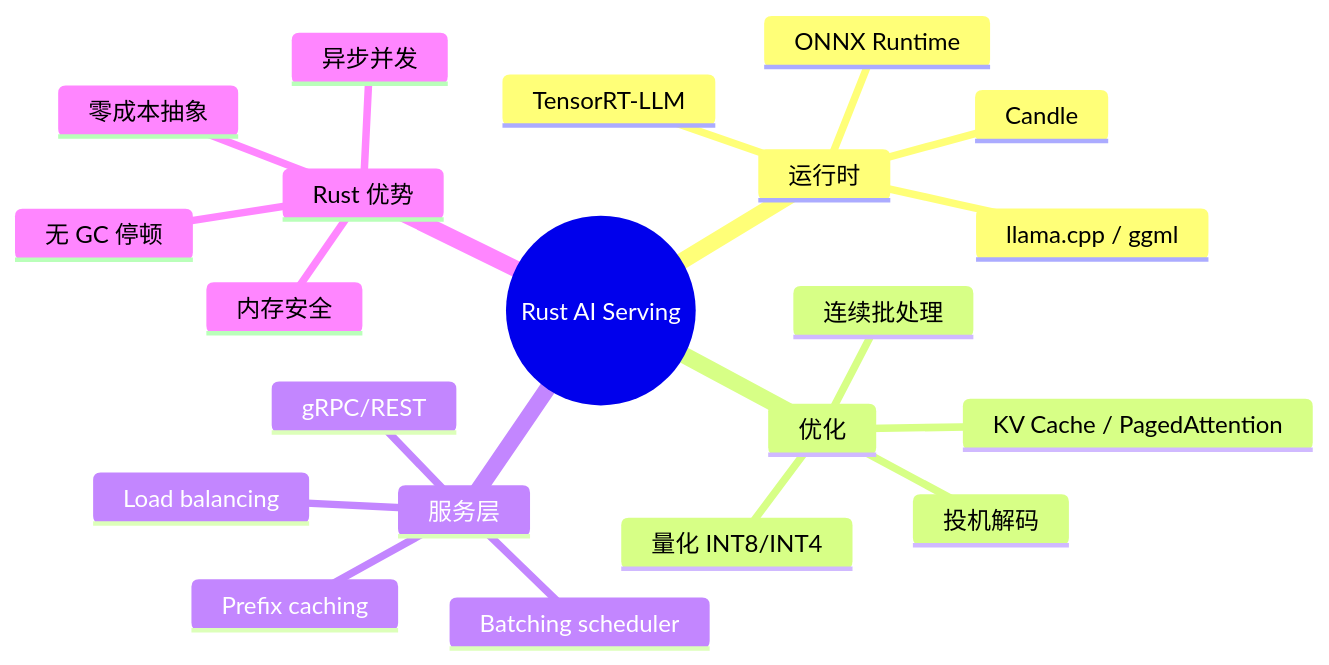
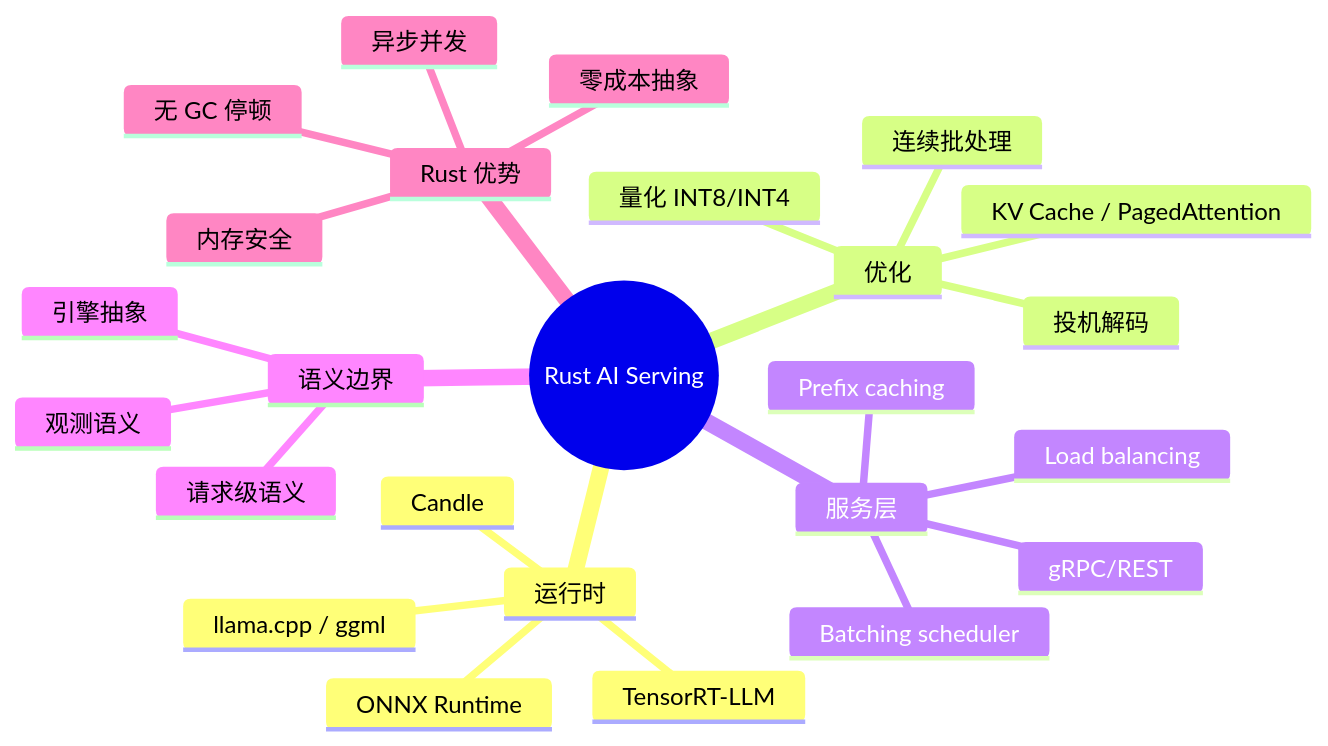
The diagram in concept/07_future/04_research_and_experimental/11_rust_for_ai_model_serving.md (martin-ly/rust-lang), drawn with Mermaid before and after one commit. The commit also changed other lines of this file and 8 other files, not shown here.

````diff
--- a/concept/07_future/04_research_and_experimental/11_rust_for_ai_model_serving.md
+++ b/concept/07_future/04_research_and_experimental/11_rust_for_ai_model_serving.md
@@ -23,24 +23,28 @@
 ```mermaid
 mindmap
   root((Rust AI Serving))
     运行时
       ONNX Runtime
       Candle
       TensorRT-LLM
       llama.cpp / ggml
     优化
       量化 INT8/INT4
       连续批处理
       KV Cache / PagedAttention
       投机解码
     服务层
       gRPC/REST
       Batching scheduler
       Prefix caching
       Load balancing
+    语义边界
+      请求级语义
+      引擎抽象
+      观测语义
     Rust 优势
       零成本抽象
       内存安全
       异步并发
       无 GC 停顿
 ```
````
